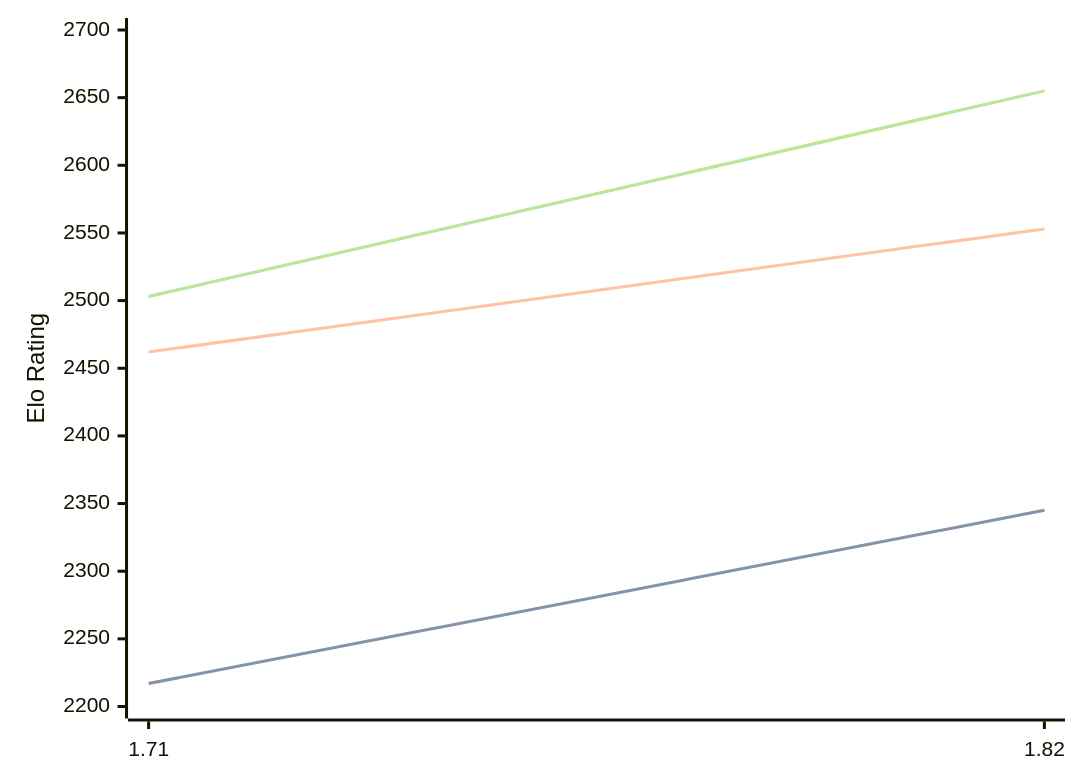
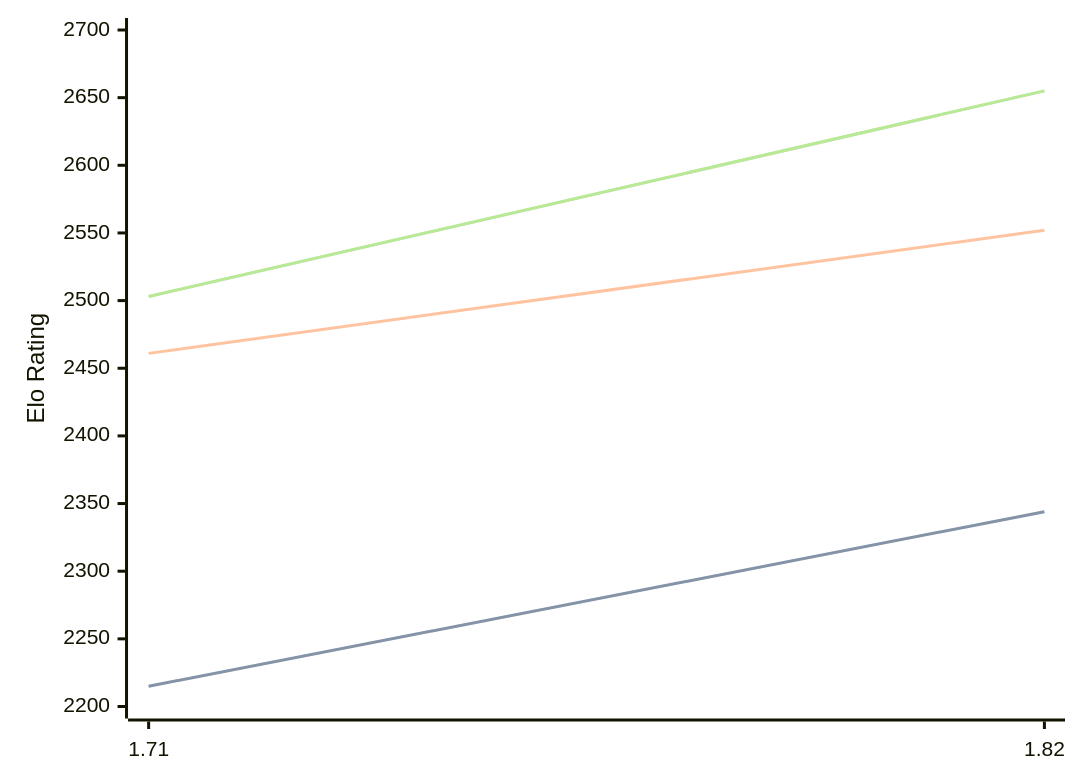
The diagram in engines/Amira.md (computer-chess-index/cci), drawn with Mermaid before and after one commit. The commit also changed other lines of this file, not shown here.

Commit message:
Update CCI Ratings (ELO VLTC) - 2026-04-07

````diff
--- a/engines/Amira.md
+++ b/engines/Amira.md
@@ -35,11 +35,11 @@
 ```mermaid
 %%{init: {"theme":"base","themeVariables":{"seriesColors:['#a3a3a3','#222221','#faa371']}}}%%
 xychart-beta
   x-axis ["1.71", "1.82"]
   y-axis "Elo Rating" 2200 --> 2700
-  line "STC (8.0+0.08s)" [2217, 2345]
-  line "STC (8.0+0.08s)" [2217, 2345]
-  line "LTC (60.0+0.60s)" [2462, 2553]
+  line "STC (8.0+0.08s)" [2215, 2344]
+  line "STC (8.0+0.08s)" [2215, 2344]
+  line "LTC (60.0+0.60s)" [2461, 2552]
   line "VLTC (2m24s+1.12s)" [2503, 2655]
   line "VLTC (2m24s+1.12s)" [2503, 2655]
 ```
````
